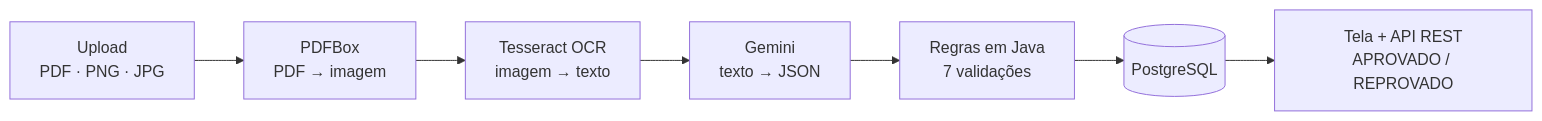
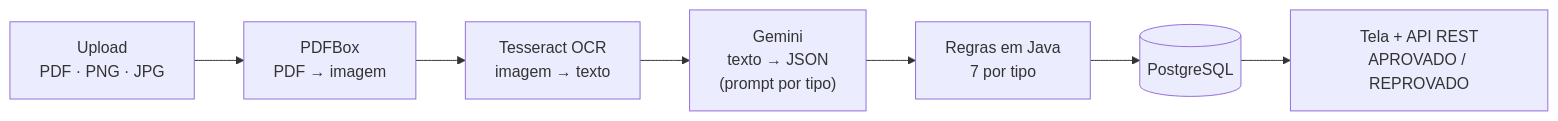
The diagram in README.md (matheus-larre/validador-documentos), drawn with Mermaid before and after one commit. The commit also changed other lines of this file and 4 other files, not shown here.

````diff
--- a/README.md
+++ b/README.md
@@ -42,9 +42,9 @@
 ```mermaid
 flowchart LR
     A["Upload<br/>PDF · PNG · JPG"] --> B["PDFBox<br/>PDF → imagem"]
     B --> C["Tesseract OCR<br/>imagem → texto"]
-    C --> D["Gemini<br/>texto → JSON"]
-    D --> E["Regras em Java<br/>7 validações"]
+    C --> D["Gemini<br/>texto → JSON<br/>(prompt por tipo)"]
+    D --> E["Regras em Java<br/>7 por tipo"]
     E --> F[("PostgreSQL")]
     F --> G["Tela + API REST<br/>APROVADO / REPROVADO"]
 ```
````
